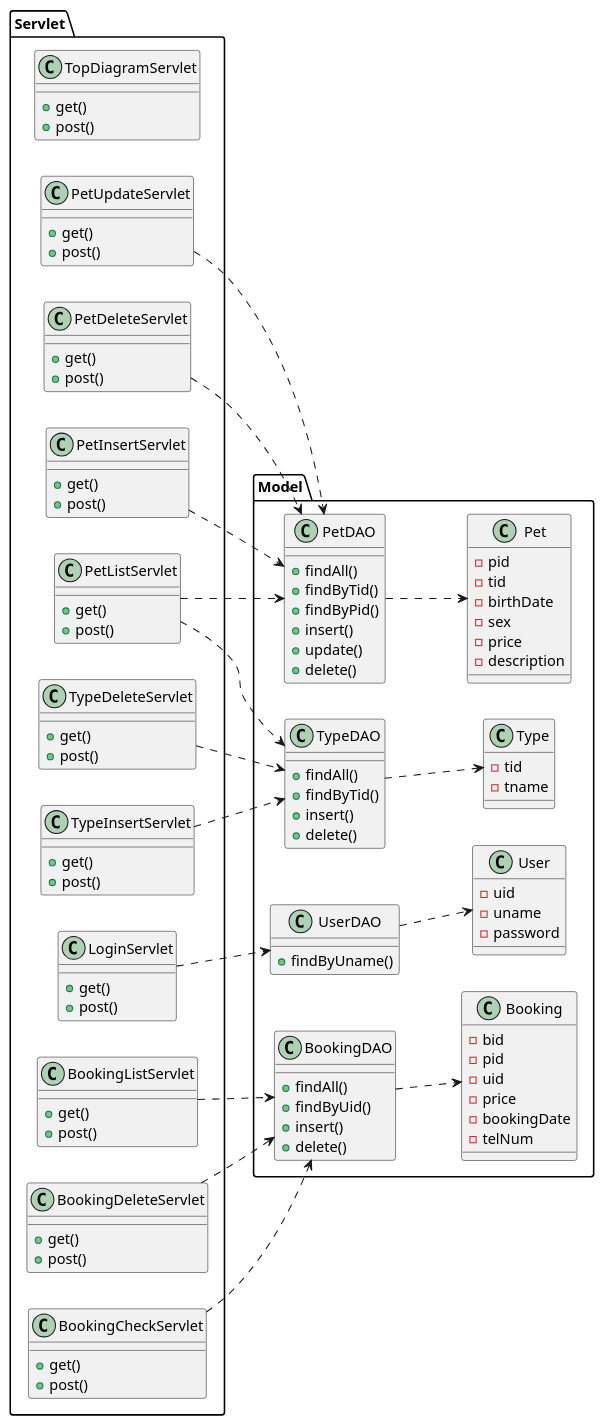
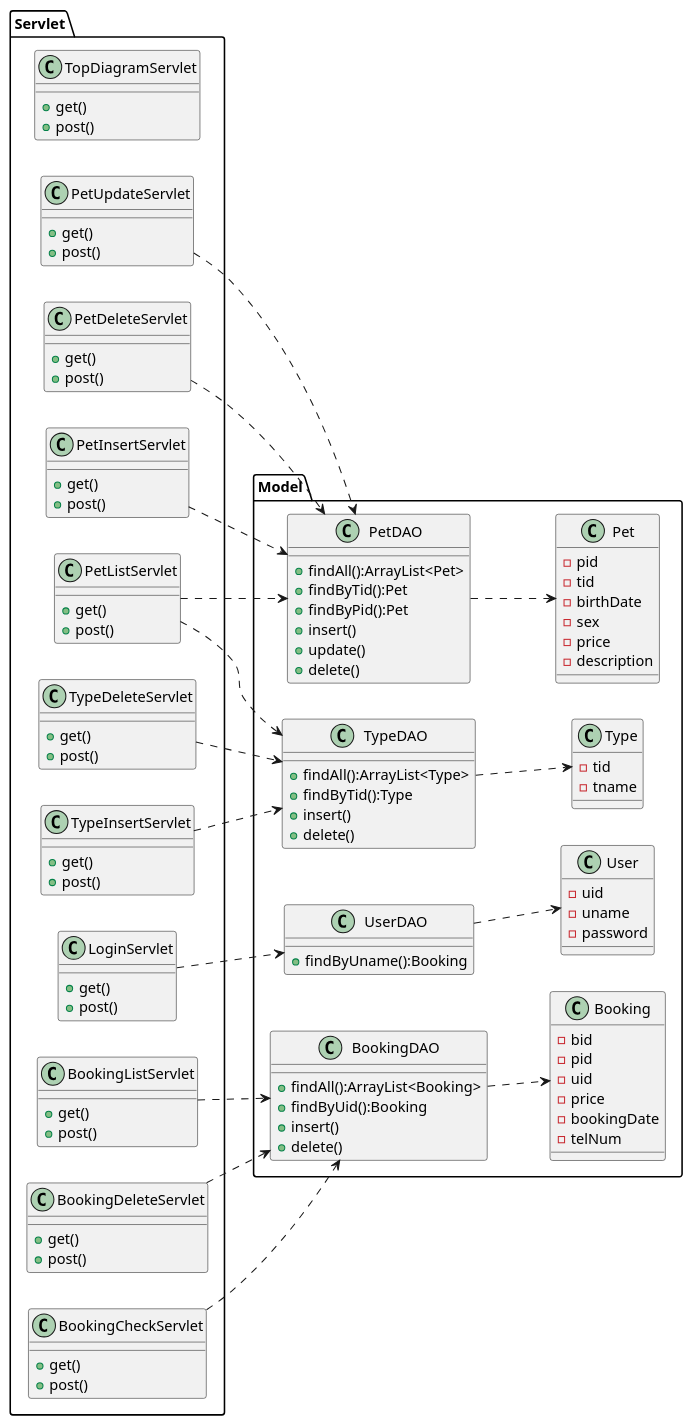
Before and after one commit to Tyamanaka07/WebSystem: the diagram in detail.uml/class.pu, drawn with PlantUML. The commit also changed 1 other file, not shown here.

```diff
--- a/detail.uml/class.pu
+++ b/detail.uml/class.pu
@@ -1,136 +1,136 @@
 @startuml
 left to right direction
 
 package Model{
 	class Pet{
 		-pid
 		-tid
 		-birthDate
 		-sex
 		-price
 		-description
 	}
 
 	class Type{
 		-tid
 		-tname
 	}
 
 	class User{
 		-uid
 		-uname
 		-password
 	}
 
 	class Booking{
 		-bid
 		-pid
 		-uid
 		-price
 		-bookingDate
 		-telNum
 	}
 
 	class PetDAO{
-		+findAll()
-		+findByTid()
-		+findByPid()
+		+findAll():ArrayList<Pet>
+		+findByTid():Pet
+		+findByPid():Pet
 		+insert()
 		+update()
 		+delete()
 	}
 
 	class TypeDAO{
-		+findAll()
-		+findByTid()
+		+findAll():ArrayList<Type>
+		+findByTid():Type
 		+insert()
 		+delete()
 	}
 
 	class UserDAO{
-		+findByUname()
+		+findByUname():Booking
 	}
 
 	class BookingDAO{
-		+findAll()
-		+findByUid()
+		+findAll():ArrayList<Booking>
+		+findByUid():Booking
 		+insert()
 		+delete()
 	}
 }
 
 package Servlet{
 	class TopDiagramServlet{
 		+get()
 		+post()
 	}
 
 	class PetListServlet{
 		+get()
 		+post()
 	}
 
 	class LoginServlet{
 		+get()
 		+post()
 	}
 
 	class PetInsertServlet{
 		+get()
 		+post()
 	}
 
 	class PetUpdateServlet{
 		+get()
 		+post()
 	}
 
 	class PetDeleteServlet{
 		+get()
 		+post()
 	}
 
 	class TypeInsertServlet{
 		+get()
 		+post()
 	}
 
 	class TypeDeleteServlet{
 		+get()
 		+post()
 	}
 
 	class BookingCheckServlet{
 		+get()
 		+post()
 	}
 
 	class BookingListServlet{
 		+get()
 		+post()
 	}
 
 	class BookingDeleteServlet{
 		+get()
 		+post()
 	}
 }
 
 
 PetListServlet..>TypeDAO
 TypeInsertServlet..>TypeDAO
 TypeDeleteServlet..>TypeDAO
 PetListServlet..>PetDAO
 PetInsertServlet..>PetDAO
 PetUpdateServlet..>PetDAO
 PetDeleteServlet..>PetDAO
 LoginServlet..>UserDAO
 BookingCheckServlet..>BookingDAO
 BookingListServlet..>BookingDAO
 BookingDeleteServlet..>BookingDAO
 
 BookingDAO..>Booking
 PetDAO..>Pet
 TypeDAO..>Type
 UserDAO..>User
 @enduml
```
